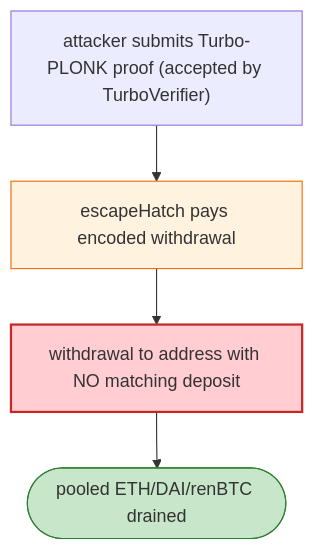
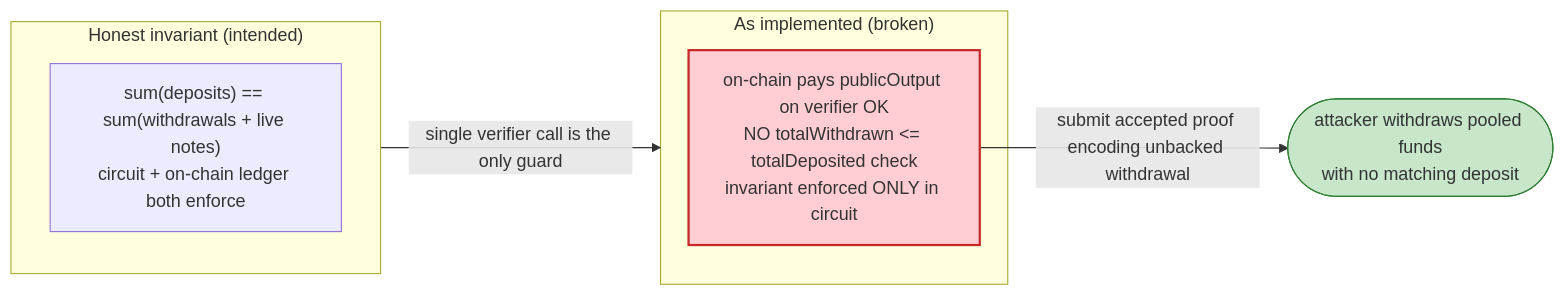
One commit to sanbir/evm-hack-registry changed the fourth of 4 diagrams in 2026-06-AztecEscapeHatch_exp/AztecEscapeHatch_exp.md. Above: the diagram before and after it, drawn with Mermaid. The commit also changed other lines of this file and 32 other files, not shown here.

````diff
--- a/2026-06-AztecEscapeHatch_exp/AztecEscapeHatch_exp.md
+++ b/2026-06-AztecEscapeHatch_exp/AztecEscapeHatch_exp.md
@@ -42,10 +405,14 @@
 ```mermaid
-flowchart TD
-    P["attacker submits Turbo-PLONK proof (accepted by TurboVerifier)"] --> EH["escapeHatch pays encoded withdrawal"]
-    EH --> UNB["withdrawal to address with NO matching deposit"]
-    UNB --> OUT(["pooled ETH/DAI/renBTC drained"])
+flowchart LR
+    subgraph Before["Honest invariant (intended)"]
+        B["sum(deposits) == sum(withdrawals + live notes)<br/>circuit + on-chain ledger both enforce"]
+    end
+    subgraph After["As implemented (broken)"]
+        Aa["on-chain pays publicOutput on verifier OK<br/>NO totalWithdrawn <= totalDeposited check<br/>invariant enforced ONLY in circuit"]
+    end
+    Before -->|"single verifier call is the only guard"| After
+    Aa -->|"submit accepted proof encoding unbacked withdrawal"| Drain(["attacker withdraws pooled funds<br/>with no matching deposit"])
 
-    style EH fill:#fff3e0,stroke:#ef6c00
-    style UNB fill:#ffcdd2,stroke:#c62828,stroke-width:2px
-    style OUT fill:#c8e6c9,stroke:#2e7d32
+    style Aa fill:#ffcdd2,stroke:#c62828,stroke-width:2px
+    style Drain fill:#c8e6c9,stroke:#2e7d32
 ```
````
